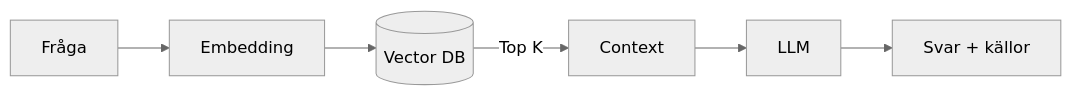
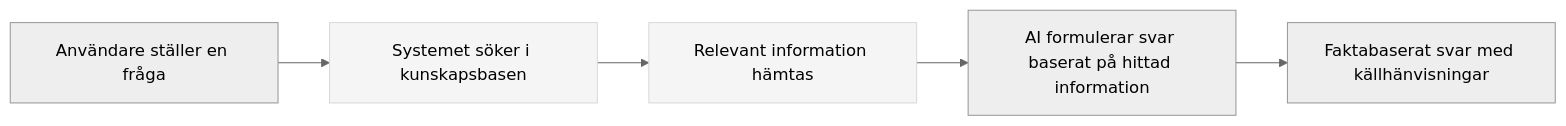
The diagram in docs/funktioner/kunskapsbaser/vad-ar-rag.md (CCimen/intricmkdocs), drawn with Mermaid (neutral theme) before and after one commit. The commit also changed other lines of this file and 7 other files, not shown here.

````diff
--- a/docs/funktioner/kunskapsbaser/vad-ar-rag.md
+++ b/docs/funktioner/kunskapsbaser/vad-ar-rag.md
@@ -9,8 +13,10 @@
 ```mermaid
 flowchart LR
-    Q[Fråga] --> E[Embedding]
-    E --> DB[(Vector&nbsp;DB)]
-    DB -->|Top K| Context
-    Context --> LLM[LLM]
-    LLM --> A[Svar + källor]
+    A[Användare ställer en fråga] --> B[Systemet söker i kunskapsbasen]
+    B --> C[Relevant information hämtas]
+    C --> D[AI formulerar svar baserat på hittad information]
+    D --> E[Faktabaserat svar med källhänvisningar]
+    
+    style B fill:#f5f5f5,stroke:#d9d9d9
+    style C fill:#f5f5f5,stroke:#d9d9d9
 ```
````
